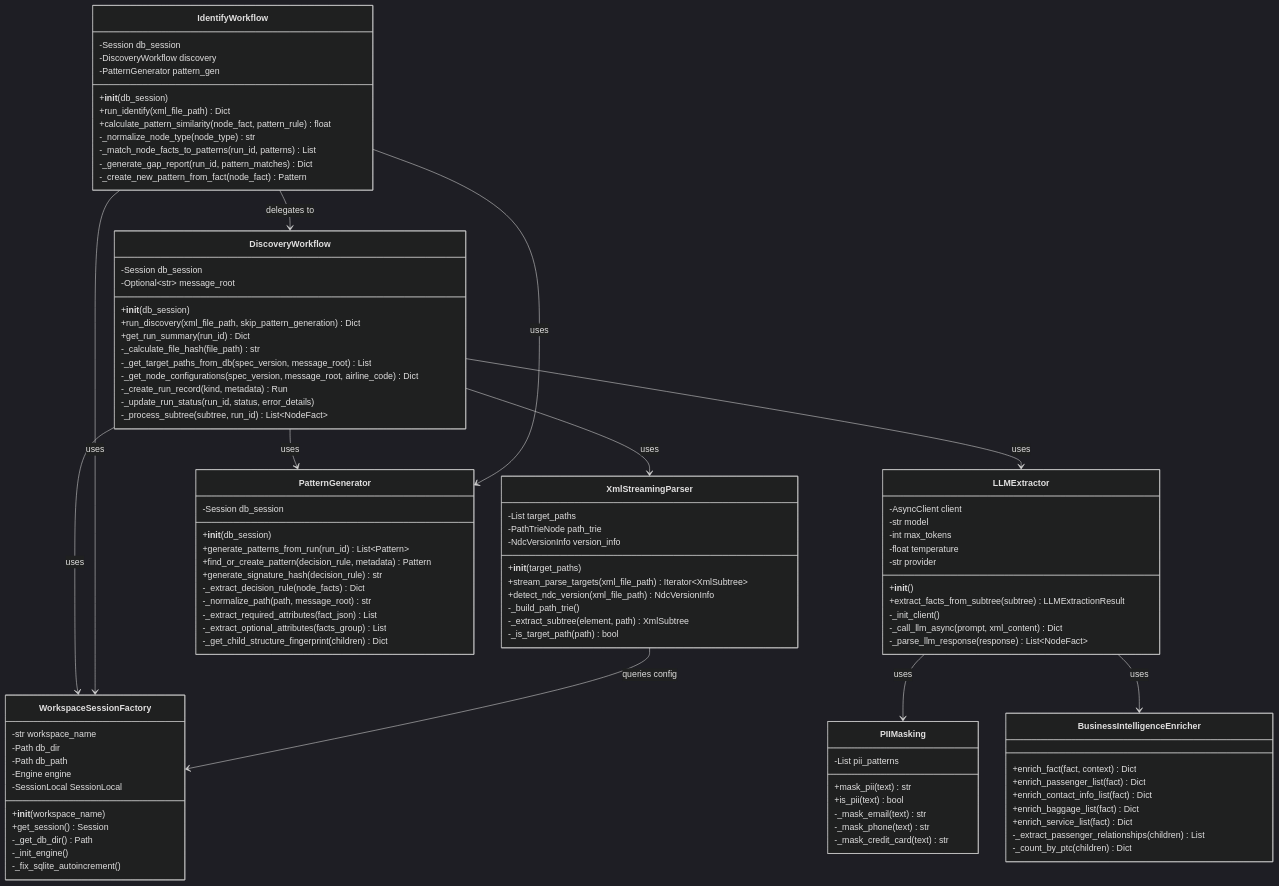
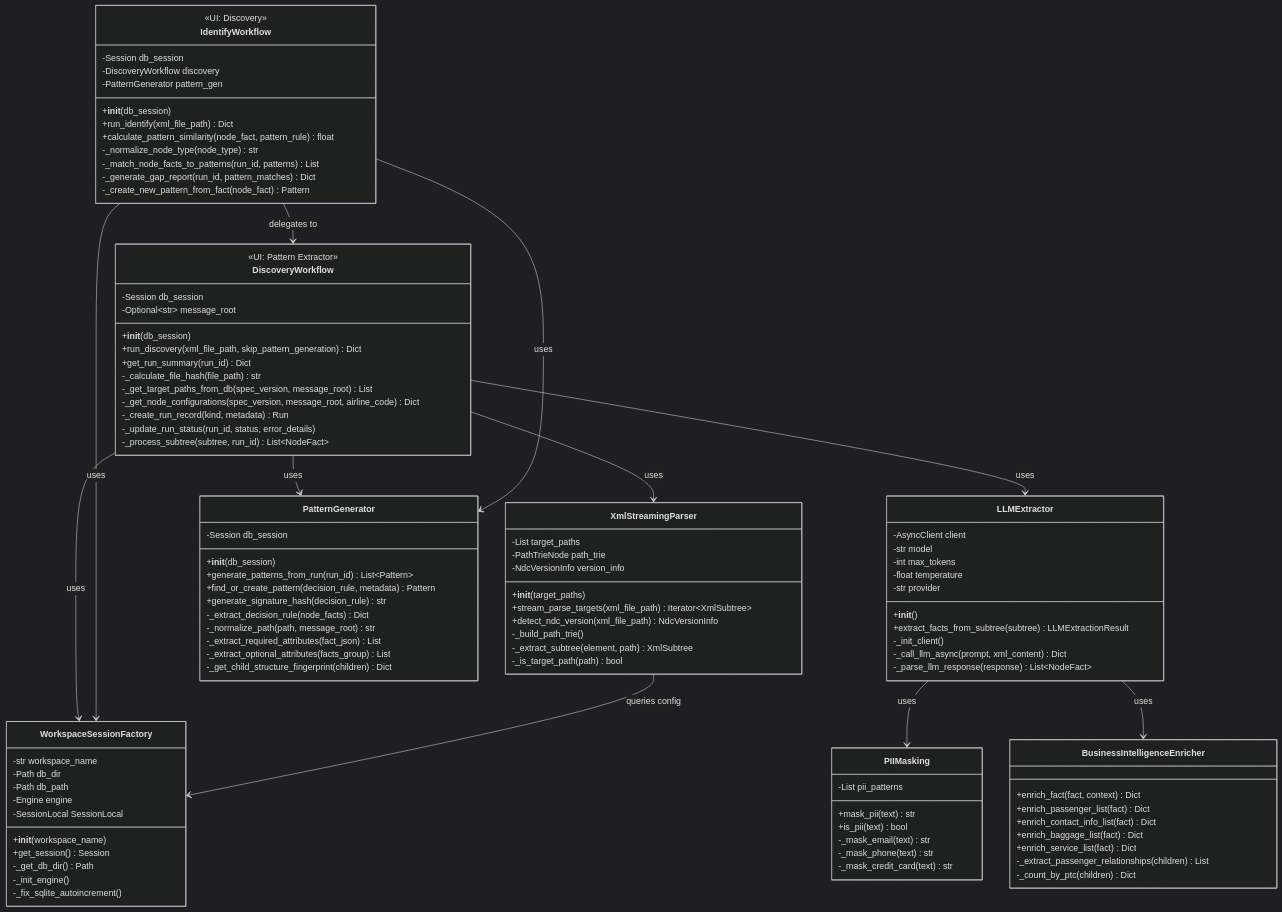
Before and after one commit to nikhil-codes-hub/ad_revamped: the seventh of 13 diagrams in docs/System_Diagrams.md, drawn with Mermaid (dark theme). The commit also changed other lines of this file, not shown here.

First line of the commit message:
Update terminology: UI naming (Pattern Extractor/Discovery) vs Backend naming

````diff
--- a/docs/System_Diagrams.md
+++ b/docs/System_Diagrams.md
@@ -596,6 +616,7 @@
 ```mermaid
 classDiagram
     class DiscoveryWorkflow {
+        <<UI: Pattern Extractor>>
         -Session db_session
         -Optional~str~ message_root
         +__init__(db_session)
@@ -610,6 +631,7 @@
     }
 
     class IdentifyWorkflow {
+        <<UI: Discovery>>
         -Session db_session
         -DiscoveryWorkflow discovery
         -PatternGenerator pattern_gen
````
